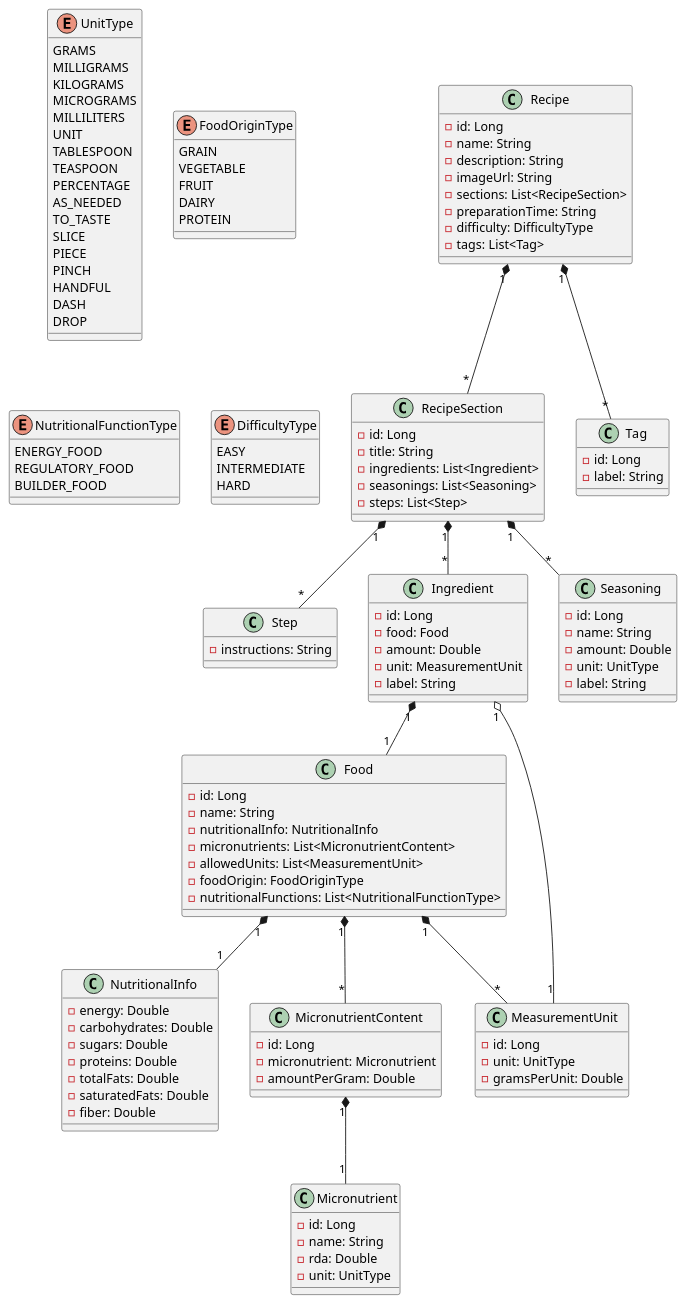
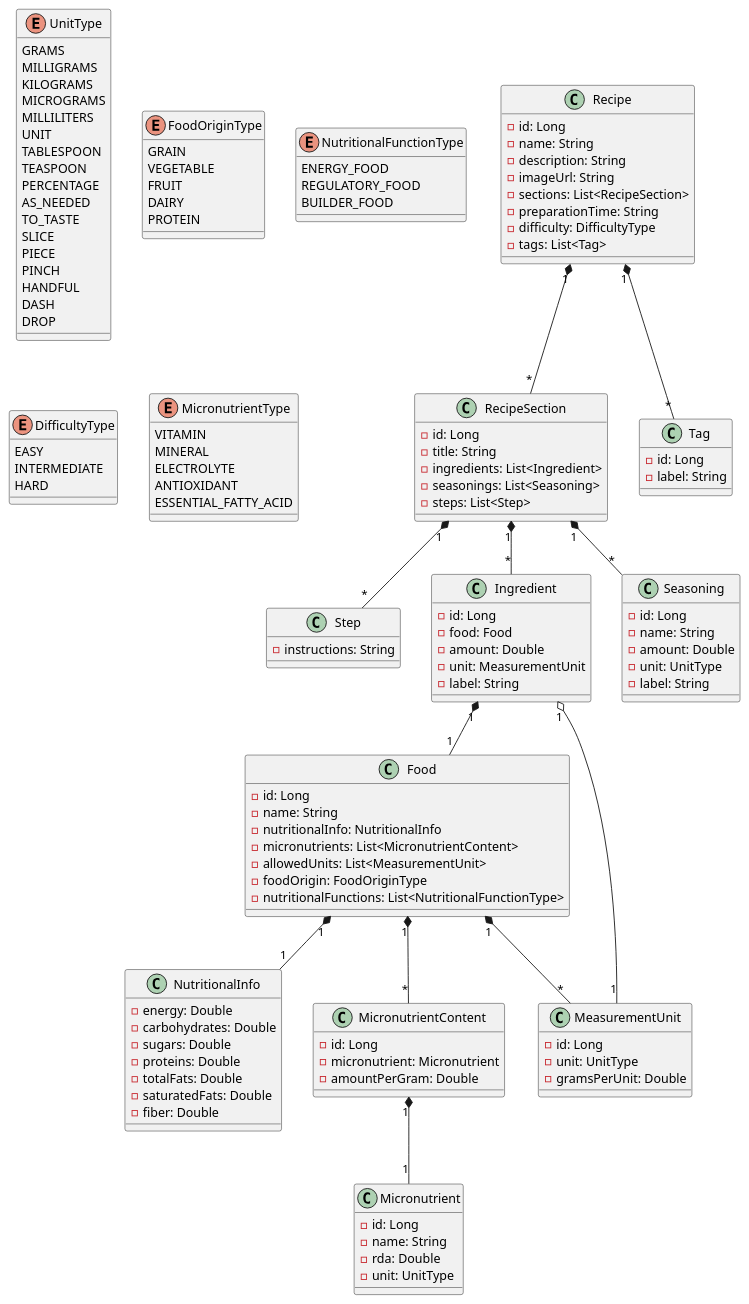
One commit to RodriLang/calorie-calculator changed the diagram in src/main/resources/diagram.puml. Above: the diagram before and after it, drawn with PlantUML. The commit also changed 5 other files, not shown here.

```diff
--- a/src/main/resources/diagram.puml
+++ b/src/main/resources/diagram.puml
@@ -1,145 +1,153 @@
 @startuml
 
 class Recipe {
     - id: Long
     - name: String
     - description: String
     - imageUrl: String
     - sections: List<RecipeSection>
     - preparationTime: String
     - difficulty: DifficultyType
     - tags: List<Tag>
 }
 
 class RecipeSection {
     - id: Long
     - title: String
     - ingredients: List<Ingredient>
     - seasonings: List<Seasoning>
     - steps: List<Step>
 }
 
 class Step {
     - instructions: String
 }
 
 class Ingredient {
     - id: Long
     - food: Food
     - amount: Double
     - unit: MeasurementUnit
     - label: String
 }
 
 class Seasoning {
     - id: Long
     - name: String
     - amount: Double
     - unit: UnitType
     - label: String
 }
 
 class Food {
     - id: Long
     - name: String
     - nutritionalInfo: NutritionalInfo
     - micronutrients: List<MicronutrientContent>
     - allowedUnits: List<MeasurementUnit>
     - foodOrigin: FoodOriginType
     - nutritionalFunctions: List<NutritionalFunctionType>
 }
 
 class NutritionalInfo {
     - energy: Double
     - carbohydrates: Double
     - sugars: Double
     - proteins: Double
     - totalFats: Double
     - saturatedFats: Double
     - fiber: Double
 }
 
 class MicronutrientContent {
     - id: Long
     - micronutrient: Micronutrient
     - amountPerGram: Double
 }
 
 class Micronutrient {
     - id: Long
     - name: String
     - rda: Double
     ' Recommended Daily Allowance
     - unit: UnitType
 }
 
 class MeasurementUnit {
     - id: Long
     - unit: UnitType
     - gramsPerUnit: Double
 }
 
 class Tag {
     - id: Long
     - label: String
 }
 
 
 Recipe "1" *-- "*" RecipeSection
 Recipe "1" *-- "*" Tag
 
 RecipeSection "1" *-- "*" Step
 RecipeSection "1" *-- "*" Ingredient
 RecipeSection "1" *-- "*" Seasoning
 
 Ingredient "1" *-- "1" Food
 Ingredient "1" o-- "1" MeasurementUnit
 
 Food "1" *-- "1" NutritionalInfo
 Food "1" *-- "*" MeasurementUnit
 Food "1" *-- "*" MicronutrientContent
 
 MicronutrientContent "1" *-- "1" Micronutrient
 
 
 enum UnitType {
     GRAMS
     MILLIGRAMS
     KILOGRAMS
     MICROGRAMS
     MILLILITERS
     UNIT
     TABLESPOON
     TEASPOON
     PERCENTAGE
     AS_NEEDED
     TO_TASTE
     SLICE
     PIECE
     PINCH
     HANDFUL
     DASH
     DROP
 }
 
 enum FoodOriginType {
     GRAIN
     VEGETABLE
     FRUIT
     DAIRY
     PROTEIN
 }
 
 enum NutritionalFunctionType {
     ENERGY_FOOD
     REGULATORY_FOOD
     BUILDER_FOOD
 }
 
 enum DifficultyType {
     EASY
     INTERMEDIATE
     HARD
 }
 
+enum MicronutrientType {
+    VITAMIN
+    MINERAL
+    ELECTROLYTE
+    ANTIOXIDANT
+    ESSENTIAL_FATTY_ACID
+}
+
 @enduml
```
